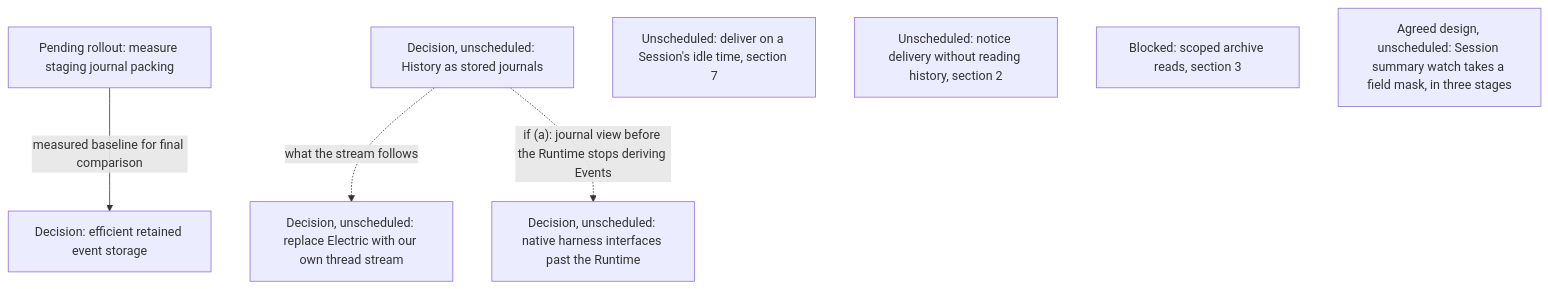
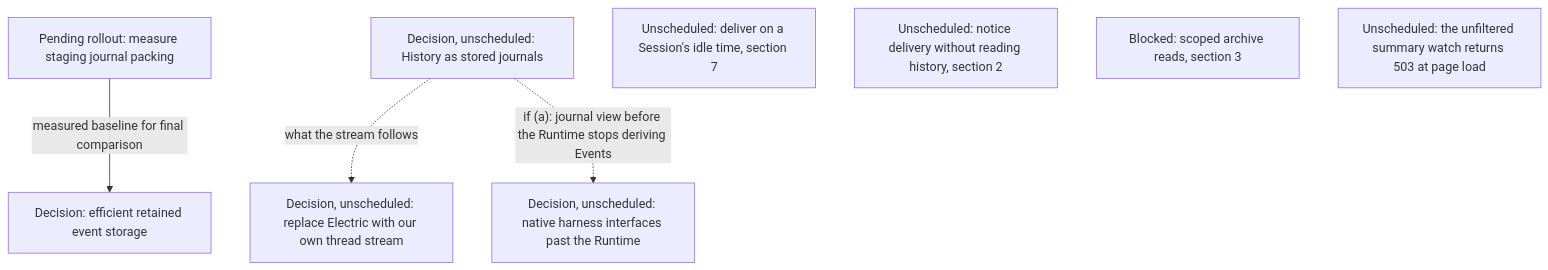
Diagram 13 of 18 in agentplane/plans/task_dag.md (agentydragon/ducktape), drawn with Mermaid before and after one commit. The commit also changed other lines of this file and 6 other files, not shown here.

First line of the commit message:
History: the selected summary watch requires a field set

````diff
--- a/agentplane/plans/task_dag.md
+++ b/agentplane/plans/task_dag.md
@@ -2464,15 +2464,15 @@
 ```mermaid
 flowchart TD
     JOURNAL_STORAGE_BASELINE[Pending rollout: measure staging journal packing]
     JOURNAL_STORAGE_DESIGN[Decision: efficient retained event storage]
     JOURNAL_STORAGE_BASELINE -->|measured baseline for final comparison| JOURNAL_STORAGE_DESIGN
     JOURNAL_REPRESENTATION_DESIGN[Decision, unscheduled: History as stored journals]
     THREAD_SYNC_WITHOUT_ELECTRIC[Decision, unscheduled: replace Electric with our own thread stream]
     JOURNAL_REPRESENTATION_DESIGN -. what the stream follows .-> THREAD_SYNC_WITHOUT_ELECTRIC
     NATIVE_HARNESS_INTERFACES_DESIGN[Decision, unscheduled: native harness interfaces past the Runtime]
     JOURNAL_REPRESENTATION_DESIGN -. if (a): journal view before the Runtime stops deriving Events .-> NATIVE_HARNESS_INTERFACES_DESIGN
     SESSION_ACTIVITY_STREAM[Unscheduled: deliver on a Session's idle time, section 7]
     NOTIFICATION_COMMAND_OUTCOME_DESIGN[Unscheduled: notice delivery without reading history, section 2]
     THREAD_READ_POLICY[Blocked: scoped archive reads, section 3]
-    SESSION_SUMMARY_WATCH_FIELD_MASK[Agreed design, unscheduled: Session summary watch takes a field mask, in three stages]
+    SESSION_SUMMARY_WATCH_503[Unscheduled: the unfiltered summary watch returns 503 at page load]
 ```
````
